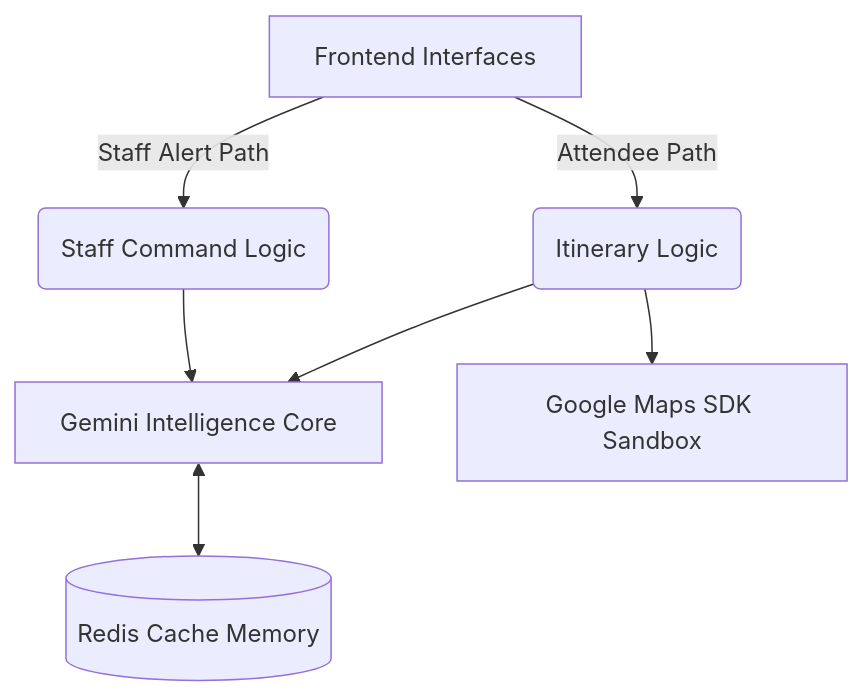
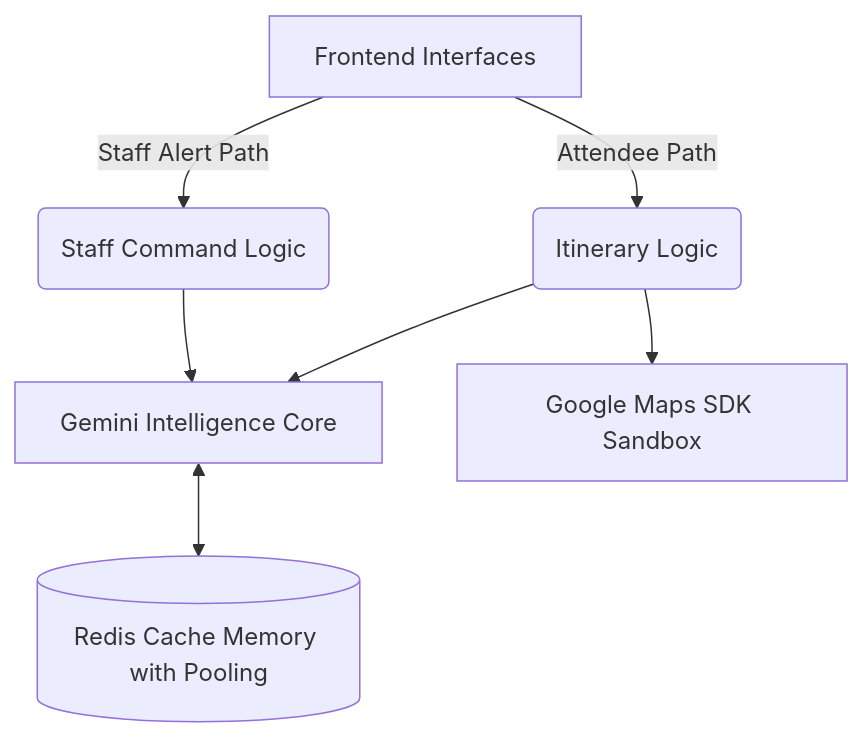
The diagram in README.md (RishabhRawat12/event_concierge), drawn with Mermaid before and after one commit. The commit also changed other lines of this file and 15 other files, not shown here.

````diff
--- a/README.md
+++ b/README.md
@@ -15,9 +20,9 @@
 ```mermaid
 graph TD
     A[Frontend Interfaces] -->|Attendee Path| B(Itinerary Logic)
     A -->|Staff Alert Path| C(Staff Command Logic)
     B --> D[Gemini Intelligence Core]
     B --> E[Google Maps SDK Sandbox]
     C --> D
-    D <--> F[(Redis Cache Memory)]
+    D <--> F[(Redis Cache Memory with Pooling)]
 ```
````
